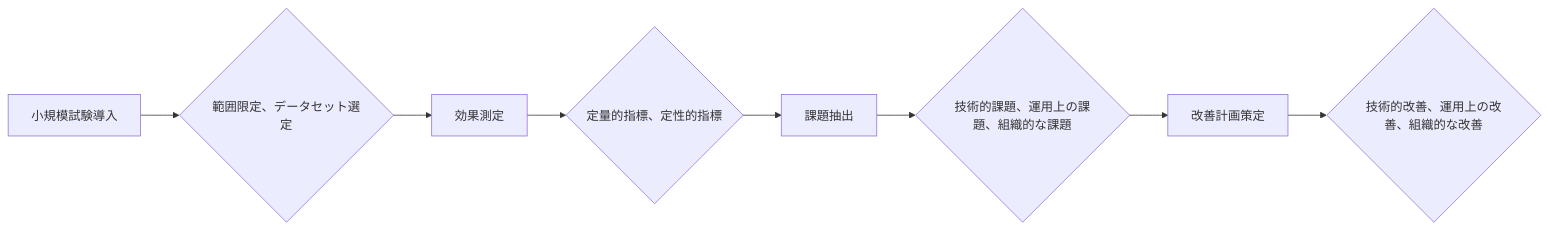
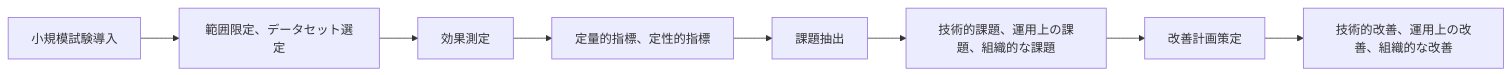
The seventh of 16 diagrams in README.md (SparklingDetergent/doc_genai_How_to_evaluate_the_cost-effectiveness_of_using_generative_AI_for_business_purposes), drawn with Mermaid before and after one commit. The commit also changed other lines of this file, not shown here.

````diff
--- a/README.md
+++ b/README.md
@@ -239,10 +250,10 @@
 ```mermaid
 graph LR
-    A[小規模試験導入] --> B{範囲限定、データセット選定}
+    A[小規模試験導入] --> B[範囲限定、データセット選定]
     B --> C[効果測定]
-    C --> D{定量的指標、定性的指標}
+    C --> D[定量的指標、定性的指標]
     D --> E[課題抽出]
-    E --> F{技術的課題、運用上の課題、組織的な課題}
+    E --> F[技術的課題、運用上の課題、組織的な課題]
     F --> G[改善計画策定]
-    G --> H{技術的改善、運用上の改善、組織的な改善}
+    G --> H[技術的改善、運用上の改善、組織的な改善]
 ```
````
